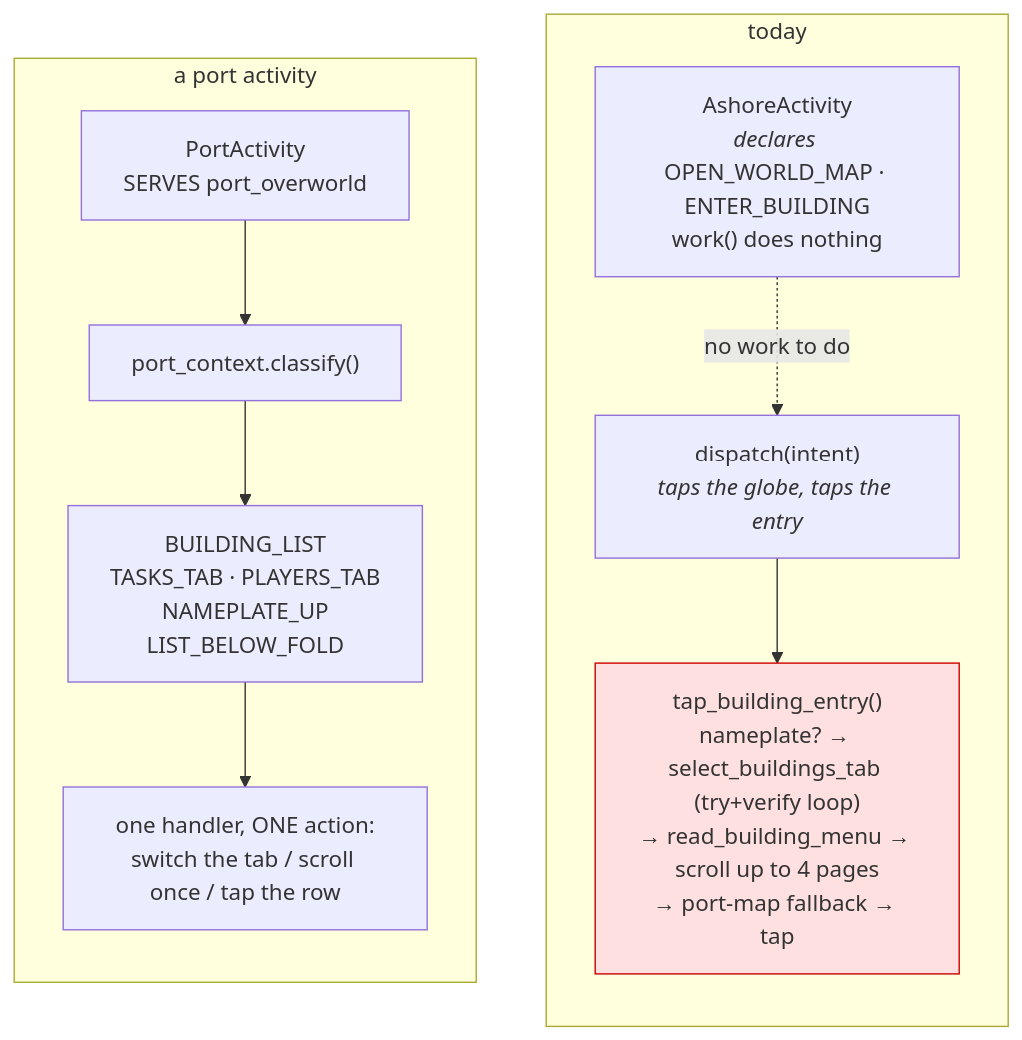
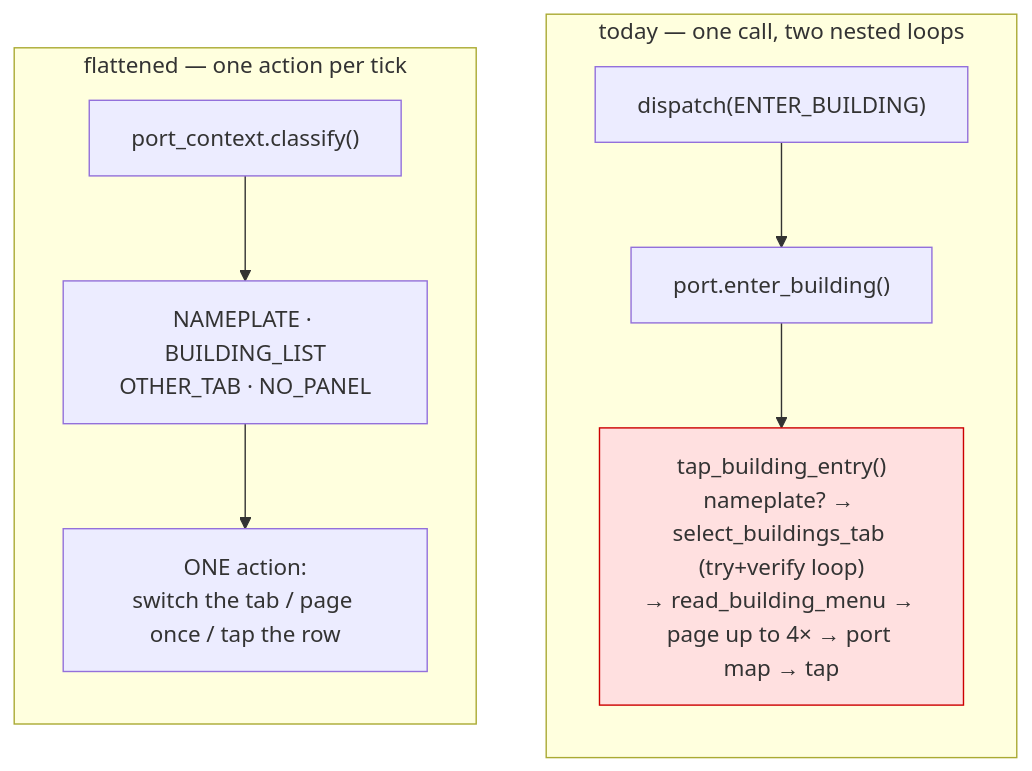
One commit to fortunatetumbleweed-commits/UWO-Bot changed the sixth of 7 diagrams in docs/activity_architecture.md. Above: the diagram before and after it, drawn with Mermaid. The commit also changed other lines of this file and 1 other file, not shown here.

First line of the commit message:
Checkpoint: the docs say what the code now does

````diff
--- a/docs/activity_architecture.md
+++ b/docs/activity_architecture.md
@@ -314,23 +342,21 @@
 ```mermaid
 flowchart TB
-    subgraph today["today"]
+    subgraph now["today — one call, two nested loops"]
         direction TB
-        T1["AshoreActivity<br/><i>declares</i> OPEN_WORLD_MAP · ENTER_BUILDING<br/>work() does nothing"]
-        T2["dispatch(intent)<br/><i>taps the globe, taps the entry</i>"]
-        T3["tap_building_entry()<br/>nameplate? → select_buildings_tab (try+verify loop)<br/>→ read_building_menu → scroll up to 4 pages<br/>→ port-map fallback → tap"]
-        T1 -.->|"no work to do"| T2
-        T2 --> T3
+        T1["dispatch(ENTER_BUILDING)"]
+        T2["port.enter_building()"]
+        T3["tap_building_entry()<br/>nameplate? → select_buildings_tab (try+verify loop)<br/>→ read_building_menu → page up to 4× → port map → tap"]
+        T1 --> T2 --> T3
     end
 
-    subgraph proposed["a port activity"]
+    subgraph later["flattened — one action per tick"]
         direction TB
-        P1["PortActivity<br/>SERVES port_overworld"]
-        P2["port_context.classify()"]
-        P3["BUILDING_LIST<br/>TASKS_TAB · PLAYERS_TAB<br/>NAMEPLATE_UP<br/>LIST_BELOW_FOLD"]
-        P4["one handler, ONE action:<br/>switch the tab / scroll once / tap the row"]
-        P1 --> P2 --> P3 --> P4
+        P1["port_context.classify()"]
+        P2["NAMEPLATE · BUILDING_LIST<br/>OTHER_TAB · NO_PANEL"]
+        P3["ONE action:<br/>switch the tab / page once / tap the row"]
+        P1 --> P2 --> P3
     end
 
     classDef bad fill:#ffe0e0,stroke:#c00
     class T3 bad
 ```
````
